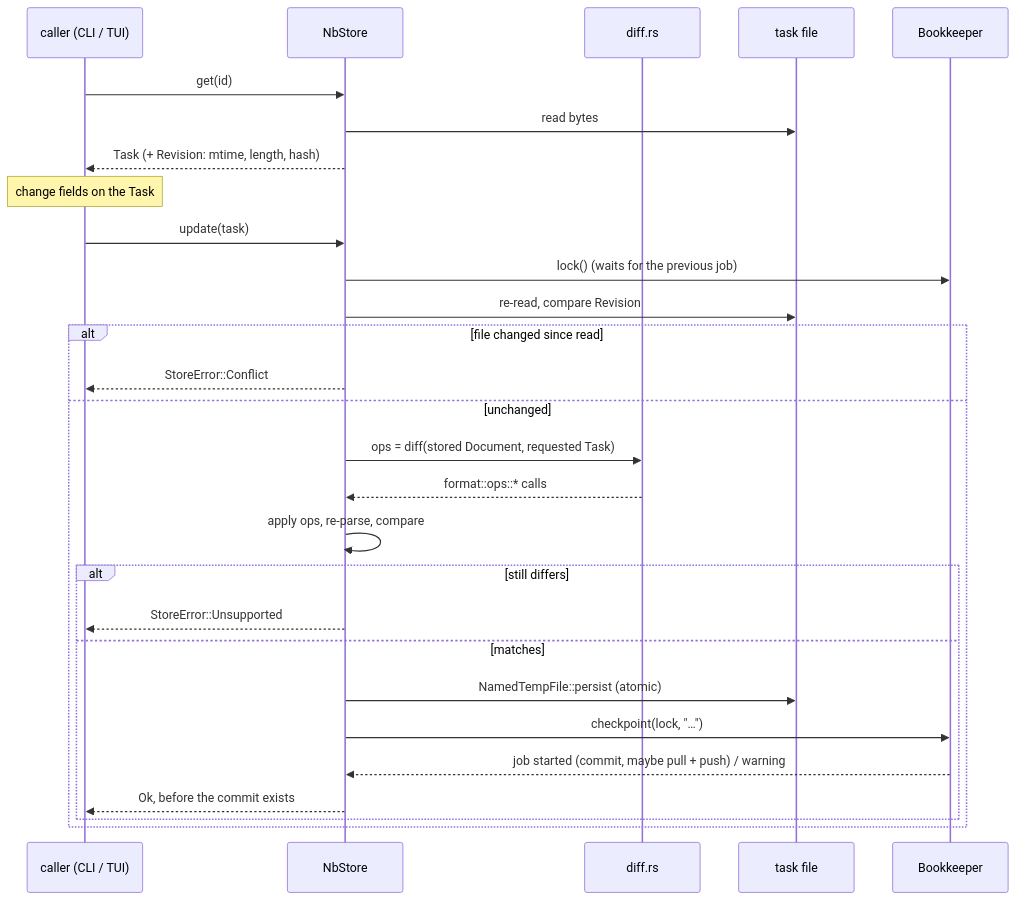
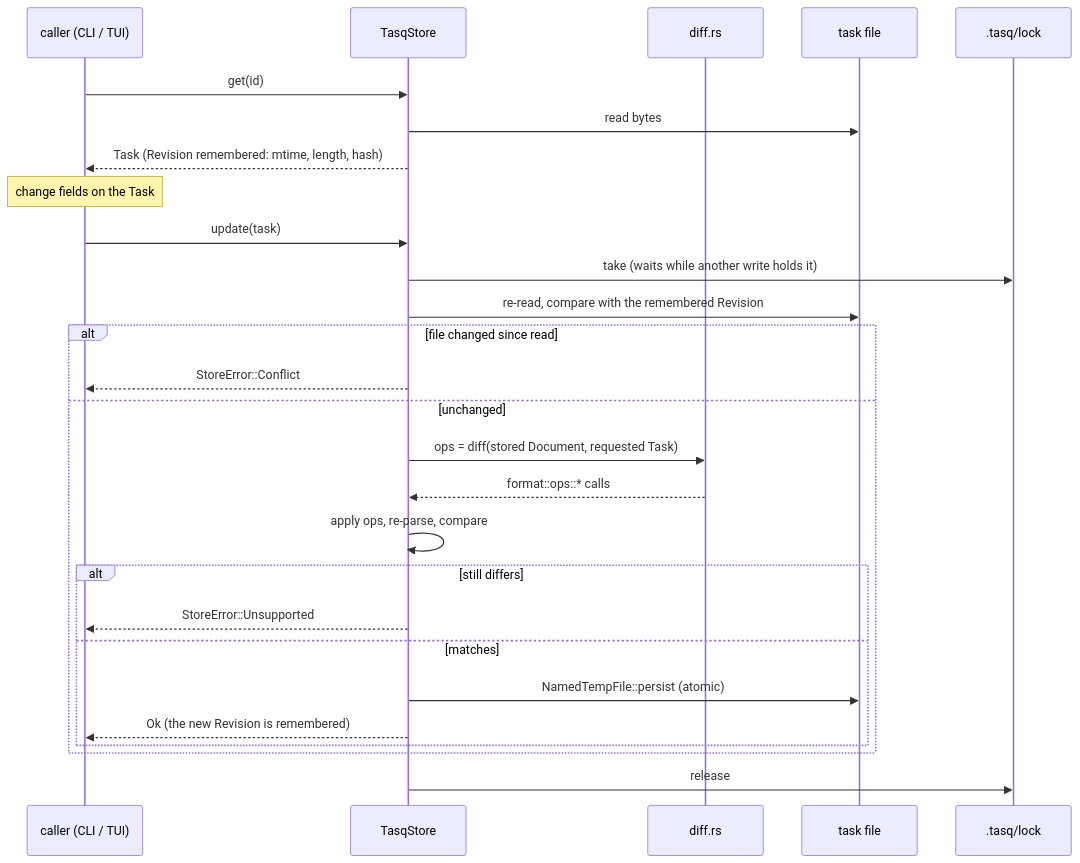
Before and after one commit to pauc/tasq: the third of 7 diagrams in docs/architecture.md, drawn with Mermaid. The commit also changed other lines of this file and 23 other files, not shown here.

````diff
--- a/docs/architecture.md
+++ b/docs/architecture.md
@@ -147,31 +174,30 @@
 ```mermaid
 sequenceDiagram
     participant C as caller (CLI / TUI)
-    participant S as NbStore
+    participant S as TasqStore
     participant D as diff.rs
     participant F as task file
-    participant B as Bookkeeper
+    participant L as .tasq/lock
 
     C->>S: get(id)
     S->>F: read bytes
-    S-->>C: Task (+ Revision: mtime, length, hash)
+    S-->>C: Task (Revision remembered: mtime, length, hash)
     Note over C: change fields on the Task
     C->>S: update(task)
-    S->>B: lock() (waits for the previous job)
-    S->>F: re-read, compare Revision
+    S->>L: take (waits while another write holds it)
+    S->>F: re-read, compare with the remembered Revision
     alt file changed since read
         S-->>C: StoreError::Conflict
     else unchanged
         S->>D: ops = diff(stored Document, requested Task)
         D-->>S: format::ops::* calls
         S->>S: apply ops, re-parse, compare
         alt still differs
             S-->>C: StoreError::Unsupported
         else matches
             S->>F: NamedTempFile::persist (atomic)
-            S->>B: checkpoint(lock, "…")
-            B-->>S: job started (commit, maybe pull + push) / warning
-            S-->>C: Ok, before the commit exists
+            S-->>C: Ok (the new Revision is remembered)
         end
     end
+    S->>L: release
 ```
````
